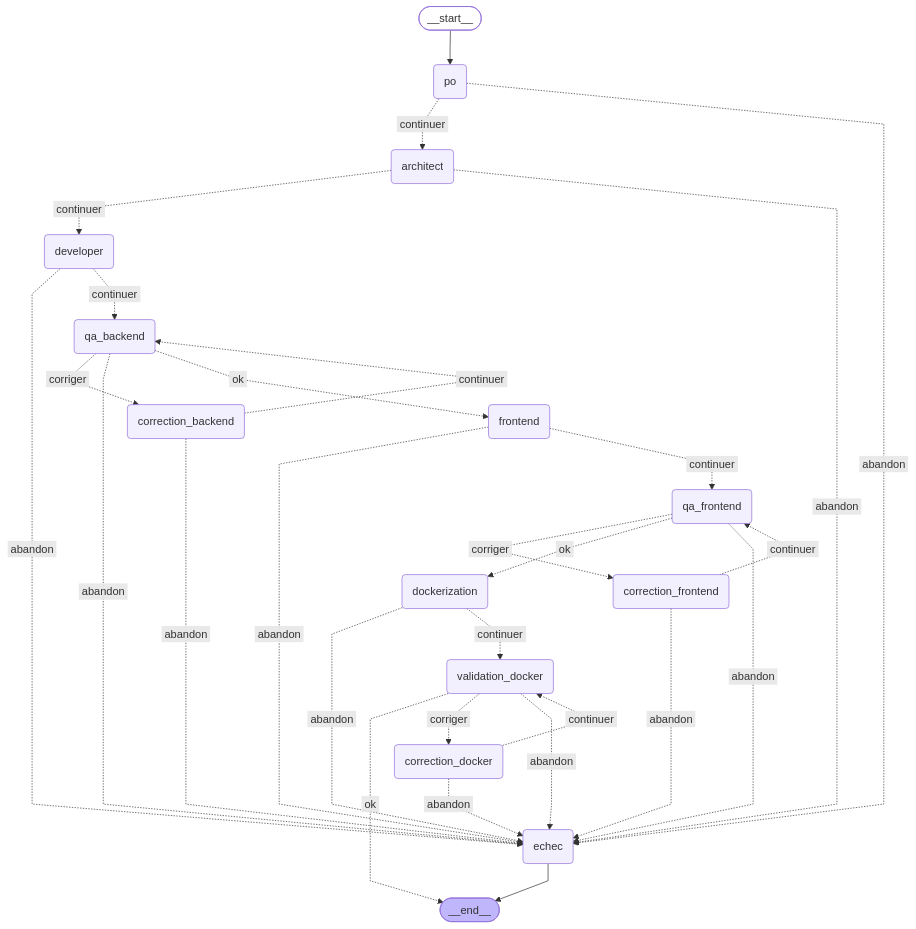
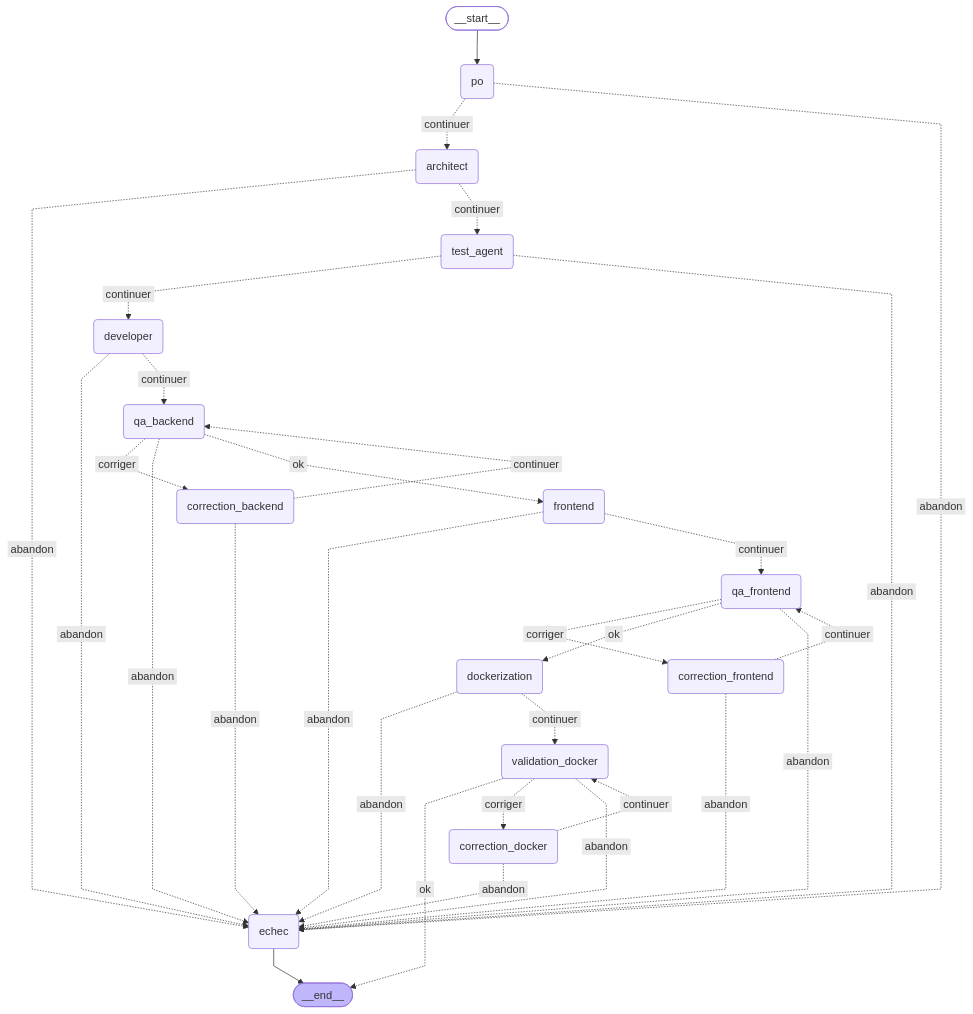
Before and after one commit to gnichimariem1-cell/AutoDev: the diagram in docs/pipeline.md, drawn with Mermaid. The commit also changed 9 other files, not shown here.

Commit message:
Test Agent: branche dans le pipeline apres l'Architect

````diff
--- a/docs/pipeline.md
+++ b/docs/pipeline.md
@@ -9,52 +9,55 @@
 ```mermaid
 ---
 config:
   flowchart:
     curve: linear
 ---
 graph TD;
 	__start__([<p>__start__</p>]):::first
 	po(po)
 	architect(architect)
+	test_agent(test_agent)
 	developer(developer)
 	qa_backend(qa_backend)
 	correction_backend(correction_backend)
 	frontend(frontend)
 	qa_frontend(qa_frontend)
 	correction_frontend(correction_frontend)
 	dockerization(dockerization)
 	validation_docker(validation_docker)
 	correction_docker(correction_docker)
 	echec(echec)
 	__end__([<p>__end__</p>]):::last
 	__start__ --> po;
-	architect -. &nbsp;continuer&nbsp; .-> developer;
 	architect -. &nbsp;abandon&nbsp; .-> echec;
+	architect -. &nbsp;continuer&nbsp; .-> test_agent;
 	correction_backend -. &nbsp;abandon&nbsp; .-> echec;
 	correction_backend -. &nbsp;continuer&nbsp; .-> qa_backend;
 	correction_docker -. &nbsp;abandon&nbsp; .-> echec;
 	correction_docker -. &nbsp;continuer&nbsp; .-> validation_docker;
 	correction_frontend -. &nbsp;abandon&nbsp; .-> echec;
 	correction_frontend -. &nbsp;continuer&nbsp; .-> qa_frontend;
 	developer -. &nbsp;abandon&nbsp; .-> echec;
 	developer -. &nbsp;continuer&nbsp; .-> qa_backend;
 	dockerization -. &nbsp;abandon&nbsp; .-> echec;
 	dockerization -. &nbsp;continuer&nbsp; .-> validation_docker;
 	frontend -. &nbsp;abandon&nbsp; .-> echec;
 	frontend -. &nbsp;continuer&nbsp; .-> qa_frontend;
 	po -. &nbsp;continuer&nbsp; .-> architect;
 	po -. &nbsp;abandon&nbsp; .-> echec;
 	qa_backend -. &nbsp;corriger&nbsp; .-> correction_backend;
 	qa_backend -. &nbsp;abandon&nbsp; .-> echec;
 	qa_backend -. &nbsp;ok&nbsp; .-> frontend;
 	qa_frontend -. &nbsp;corriger&nbsp; .-> correction_frontend;
 	qa_frontend -. &nbsp;ok&nbsp; .-> dockerization;
 	qa_frontend -. &nbsp;abandon&nbsp; .-> echec;
+	test_agent -. &nbsp;continuer&nbsp; .-> developer;
+	test_agent -. &nbsp;abandon&nbsp; .-> echec;
 	validation_docker -. &nbsp;ok&nbsp; .-> __end__;
 	validation_docker -. &nbsp;corriger&nbsp; .-> correction_docker;
 	validation_docker -. &nbsp;abandon&nbsp; .-> echec;
 	echec --> __end__;
 	classDef default fill:#f2f0ff,line-height:1.2
 	classDef first fill-opacity:0
 	classDef last fill:#bfb6fc
 ```
````
